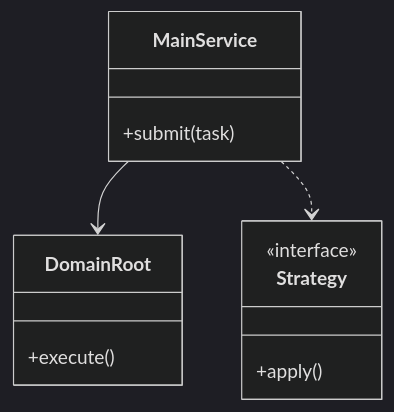
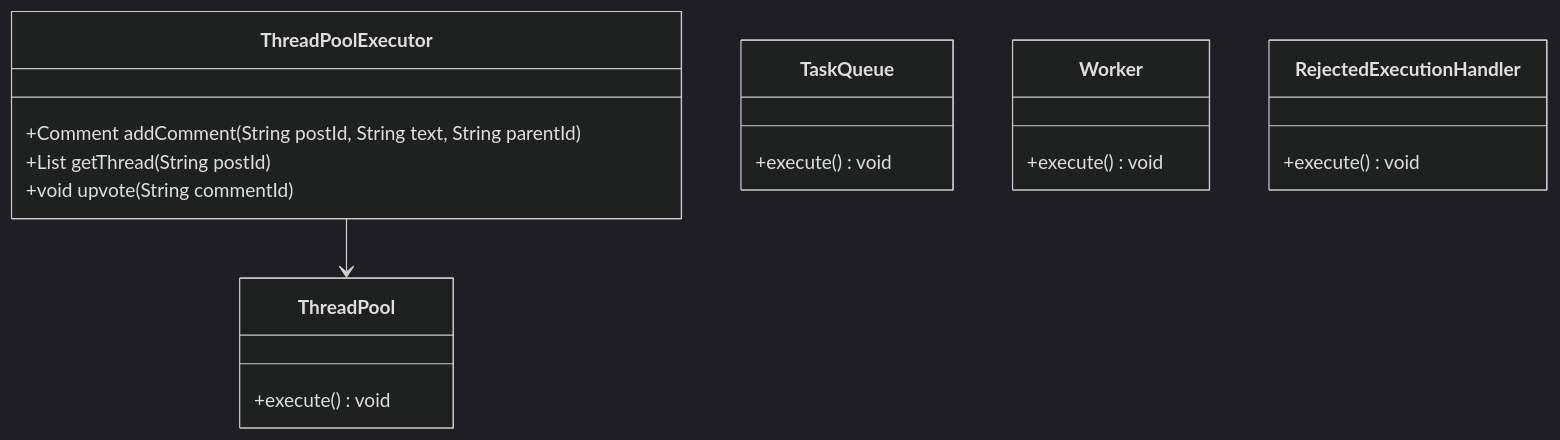
The first of 3 diagrams in Learn/System Design - Low Level Design/04-concurrency-lld/questions/Q07-thread-pool-executor.md (madhupaila/Interview-Prep-SSE), drawn with Mermaid (dark theme) before and after one commit. The commit also changed other lines of this file and 491 other files, not shown here.

````diff
--- a/Learn/System Design - Low Level Design/04-concurrency-lld/questions/Q07-thread-pool-executor.md
+++ b/Learn/System Design - Low Level Design/04-concurrency-lld/questions/Q07-thread-pool-executor.md
@@ -73,15 +91,21 @@
 ```mermaid
 classDiagram
-    class MainService {
-        +submit(task)
+    class ThreadPoolExecutor {
+        +Comment addComment(String postId, String text, String parentId)
+        +List<Comment> getThread(String postId)
+        +void upvote(String commentId)
     }
-    class DomainRoot {
-        +execute()
+    class ThreadPool {
+        +execute() void
     }
-    class Strategy {
-        <<interface>>
-        +apply()
+    class TaskQueue {
+        +execute() void
     }
-    MainService --> DomainRoot
-    MainService ..> Strategy
+    class Worker {
+        +execute() void
+    }
+    class RejectedExecutionHandler {
+        +execute() void
+    }
+    ThreadPoolExecutor --> ThreadPool
 ```
````
